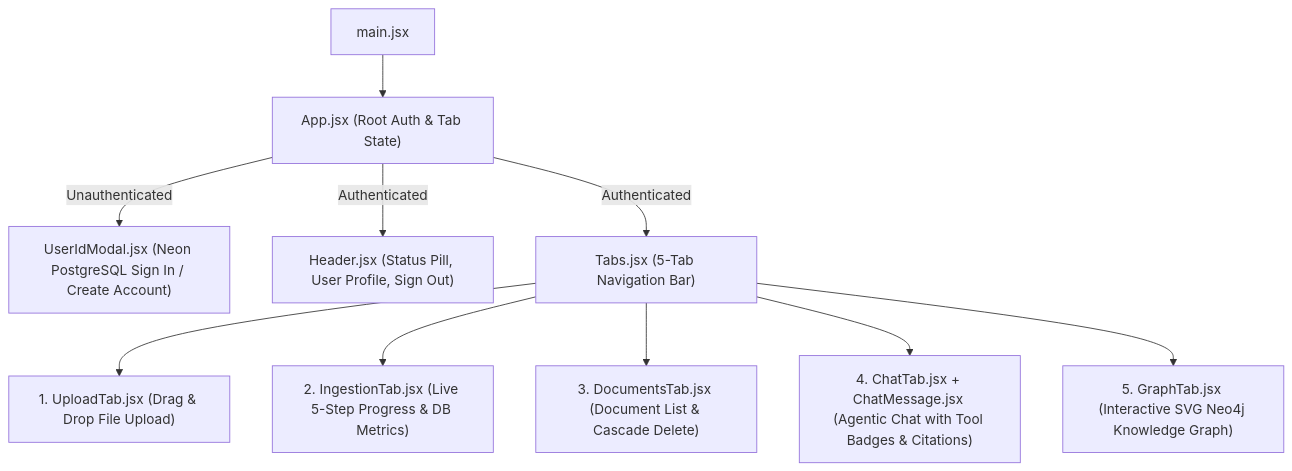
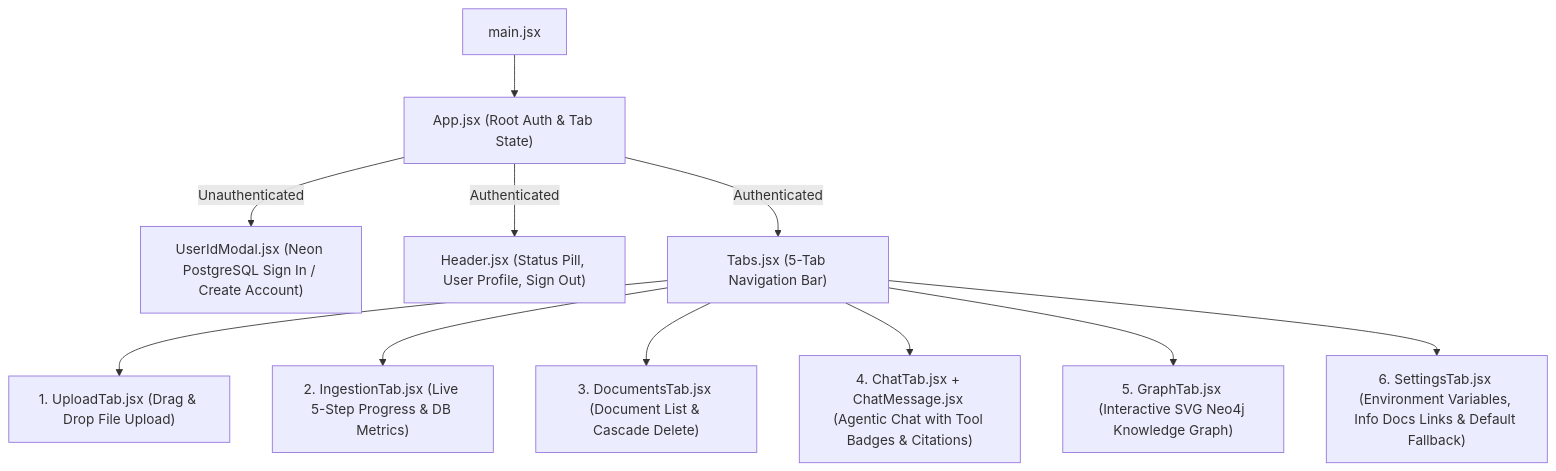
Before and after one commit to Dronanaik/adk_rag: the diagram in docs/FRONTEND.md, drawn with Mermaid. The commit also changed other lines of this file and 20 other files, not shown here.

Commit message:
feat(v2.3.0): minimalist environment variable settings UI with post-login flow and default fallback

````diff
--- a/docs/FRONTEND.md
+++ b/docs/FRONTEND.md
@@ -9,12 +9,13 @@
 ```mermaid
 flowchart TD
     Main["main.jsx"] --> App["App.jsx (Root Auth & Tab State)"]
     App -->|Unauthenticated| AuthModal["UserIdModal.jsx (Neon PostgreSQL Sign In / Create Account)"]
     App -->|Authenticated| Header["Header.jsx (Status Pill, User Profile, Sign Out)"]
     App -->|Authenticated| Tabs["Tabs.jsx (5-Tab Navigation Bar)"]
     Tabs --> T1["1. UploadTab.jsx (Drag & Drop File Upload)"]
     Tabs --> T2["2. IngestionTab.jsx (Live 5-Step Progress & DB Metrics)"]
     Tabs --> T3["3. DocumentsTab.jsx (Document List & Cascade Delete)"]
     Tabs --> T4["4. ChatTab.jsx + ChatMessage.jsx (Agentic Chat with Tool Badges & Citations)"]
     Tabs --> T5["5. GraphTab.jsx (Interactive SVG Neo4j Knowledge Graph)"]
+    Tabs --> T6["6. SettingsTab.jsx (Environment Variables, Info Docs Links & Default Fallback)"]
 ```
````
